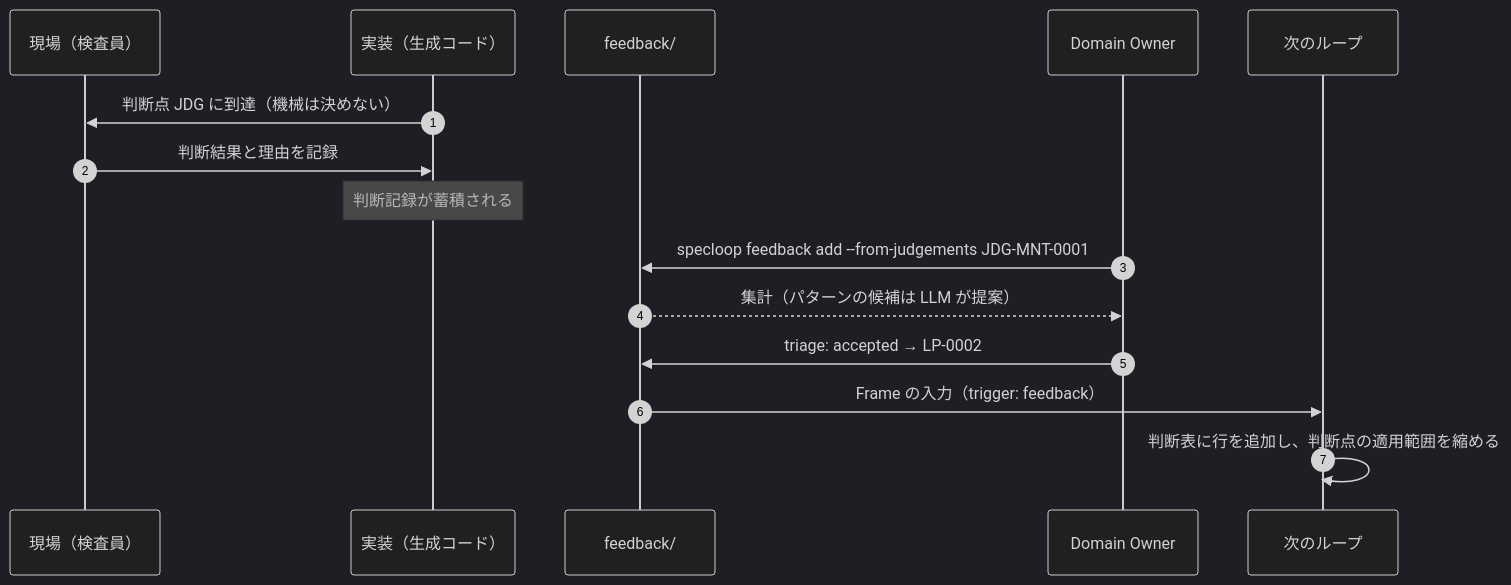
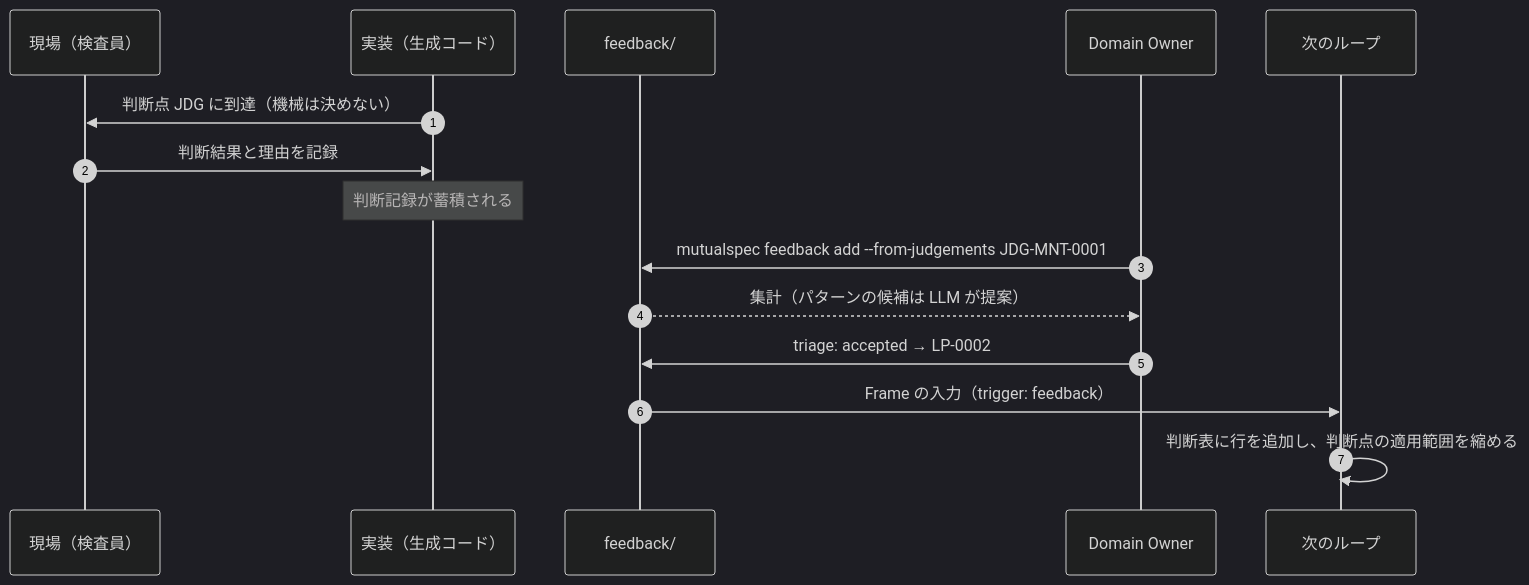
Before and after one commit to shuji-bonji/mutualspec: the third of 3 diagrams in docs/05-the-loop.md, drawn with Mermaid (dark theme). The commit also changed other lines of this file and 86 other files, not shown here.

````diff
--- a/docs/05-the-loop.md
+++ b/docs/05-the-loop.md
@@ -98,17 +98,17 @@
 ```mermaid
 sequenceDiagram
   autonumber
   participant Field as 現場（検査員）
   participant Sys as 実装（生成コード）
   participant FB as feedback/
   participant DO as Domain Owner
   participant Next as 次のループ
   Sys->>Field: 判断点 JDG に到達（機械は決めない）
   Field->>Sys: 判断結果と理由を記録
   Note over Sys: 判断記録が蓄積される
-  DO->>FB: specloop feedback add --from-judgements JDG-MNT-0001
+  DO->>FB: mutualspec feedback add --from-judgements JDG-MNT-0001
   FB-->>DO: 集計（パターンの候補は LLM が提案）
   DO->>FB: triage: accepted → LP-0002
   FB->>Next: Frame の入力（trigger: feedback）
   Next->>Next: 判断表に行を追加し、判断点の適用範囲を縮める
 ```
````
